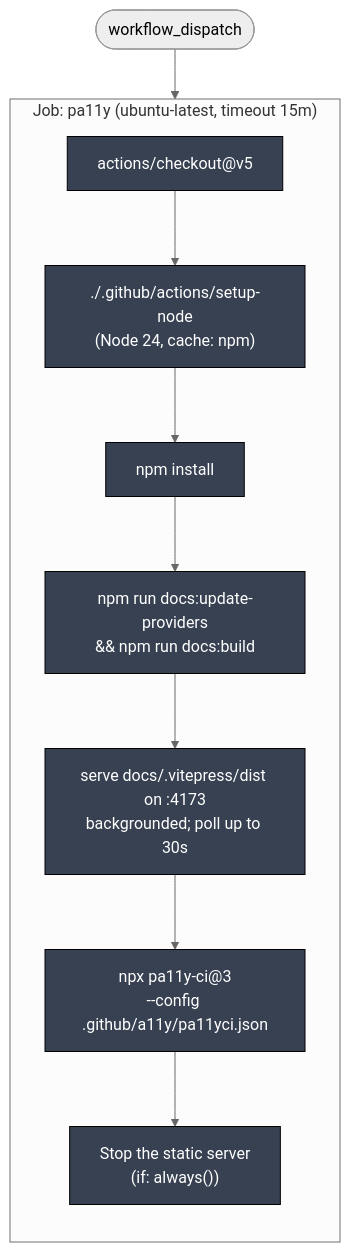
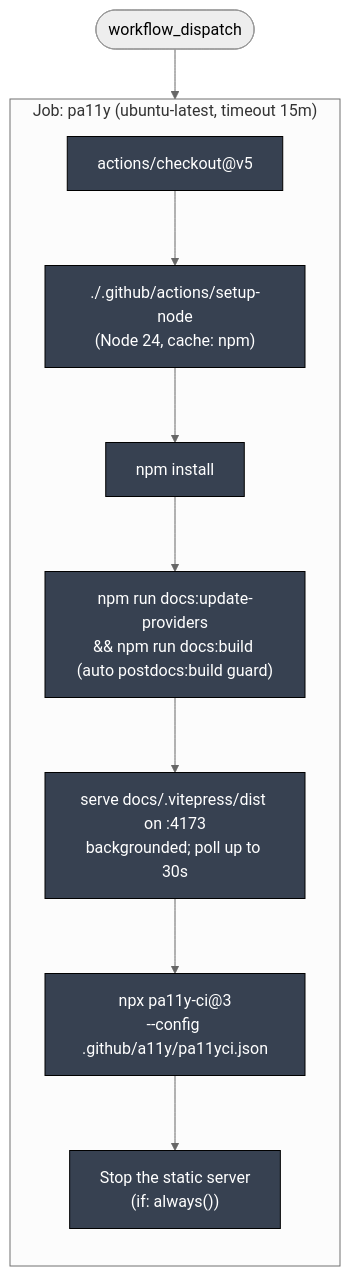
One commit to llm-exe/llm-exe changed the third of 10 diagrams in .github/docs/A11Y_DOCS_DEEP_DIVE.md. Above: the diagram before and after it, drawn with Mermaid (neutral theme). The commit also changed other lines of this file and 3 other files, not shown here.

Commit message:
docs: sync docs-build deep dives after package.json postdocs:build change

````diff
--- a/.github/docs/A11Y_DOCS_DEEP_DIVE.md
+++ b/.github/docs/A11Y_DOCS_DEEP_DIVE.md
@@ -102,20 +102,20 @@
 ```mermaid
 flowchart TB
     classDef job fill:#1e3a8a,color:#fff,stroke:#000
     classDef step fill:#374151,color:#fff,stroke:#000
 
     start([workflow_dispatch])
     start --> J
 
     subgraph J["Job: pa11y (ubuntu-latest, timeout 15m)"]
         direction TB
         s1["actions/checkout@v5"]:::step
         s2["./.github/actions/setup-node\n(Node 24, cache: npm)"]:::step
         s3["npm install"]:::step
-        s4["npm run docs:update-providers\n&& npm run docs:build"]:::step
+        s4["npm run docs:update-providers\n&& npm run docs:build (auto postdocs:build guard)"]:::step
         s5["serve docs/.vitepress/dist on :4173\nbackgrounded; poll up to 30s"]:::step
         s6["npx pa11y-ci@3\n--config .github/a11y/pa11yci.json"]:::step
         s7["Stop the static server\n(if: always())"]:::step
         s1 --> s2 --> s3 --> s4 --> s5 --> s6 --> s7
     end
 ```
````
